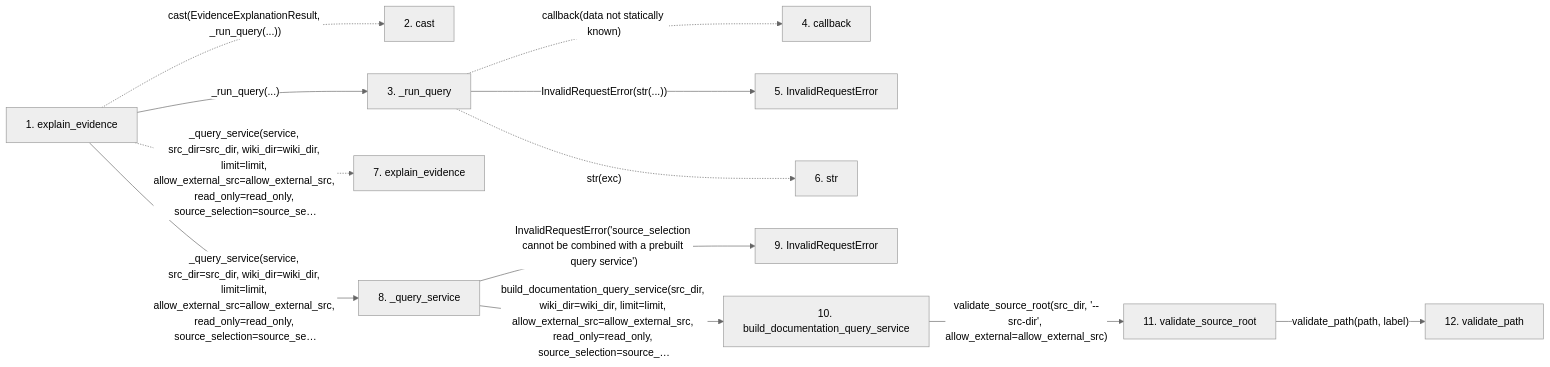
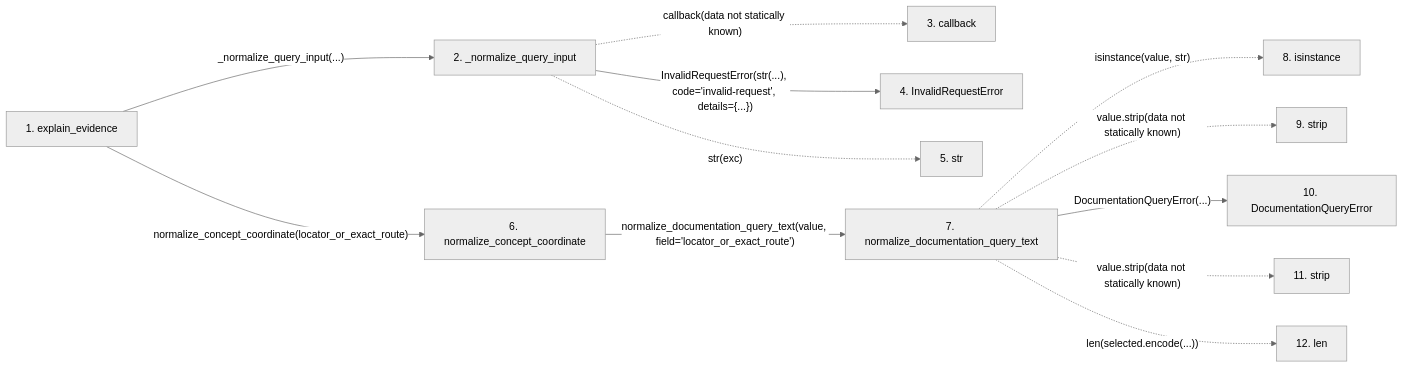
Before and after one commit to Denissvgn/python-wiki-llm: the second of 2 diagrams in docs/llm_wiki/flows/api-explain_evidence.md, drawn with Mermaid (neutral theme). The commit also changed other lines of this file and 364 other files, not shown here.

````diff
--- a/docs/llm_wiki/flows/api-explain_evidence.md
+++ b/docs/llm_wiki/flows/api-explain_evidence.md
@@ -85,34 +84,32 @@
 ```mermaid
 flowchart LR
     s1["1. explain_evidence"]
-    s2["2. cast"]
-    s3["3. _run_query"]
-    s4["4. callback"]
-    s5["5. InvalidRequestError"]
-    s6["6. str"]
-    s7["7. explain_evidence"]
-    s8["8. _query_service"]
-    s9["9. InvalidRequestError"]
-    s10["10. build_documentation_query_service"]
-    s11["11. validate_source_root"]
-    s12["12. validate_path"]
-    s1 -. "cast(EvidenceExplanationResult, _run_query(...))" .-> s2
-    s1 -->|"_run_query(...)"| s3
-    s3 -. "callback(data not statically known)" .-> s4
-    s3 -->|"InvalidRequestError(str(...))"| s5
-    s3 -. "str(exc)" .-> s6
-    s1 -. "_query_service(service, src_dir=src_dir, wiki_dir=wiki_dir, limit=limit, allow_external_src=allow_external_src, read_only=read_only, source_selection=source_se…" .-> s7
-    s1 -->|"_query_service(service, src_dir=src_dir, wiki_dir=wiki_dir, limit=limit, allow_external_src=allow_external_src, read_only=read_only, source_selection=source_se…"| s8
-    s8 -->|"InvalidRequestError('source_selection cannot be combined with a prebuilt query service')"| s9
-    s8 -->|"build_documentation_query_service(src_dir, wiki_dir=wiki_dir, limit=limit, allow_external_src=allow_external_src, read_only=read_only, source_selection=source_…"| s10
-    s10 -->|"validate_source_root(src_dir, '--src-dir', allow_external=allow_external_src)"| s11
-    s11 -->|"validate_path(path, label)"| s12
+    s2["2. _normalize_query_input"]
+    s3["3. callback"]
+    s4["4. InvalidRequestError"]
+    s5["5. str"]
+    s6["6. normalize_concept_coordinate"]
+    s7["7. normalize_documentation_query_text"]
+    s8["8. isinstance"]
+    s9["9. strip"]
+    s10["10. DocumentationQueryError"]
+    s11["11. strip"]
+    s12["12. len"]
+    s1 -->|"_normalize_query_input(...)"| s2
+    s2 -. "callback(data not statically known)" .-> s3
+    s2 -->|"InvalidRequestError(str(...), code='invalid-request', details={...})"| s4
+    s2 -. "str(exc)" .-> s5
+    s1 -->|"normalize_concept_coordinate(locator_or_exact_route)"| s6
+    s6 -->|"normalize_documentation_query_text(value, field='locator_or_exact_route')"| s7
+    s7 -. "isinstance(value, str)" .-> s8
+    s7 -. "value.strip(data not statically known)" .-> s9
+    s7 -->|"DocumentationQueryError(...)"| s10
+    s7 -. "value.strip(data not statically known)" .-> s11
+    s7 -. "len(selected.encode(...))" .-> s12
     click s1 "../modules/api.md"
-    click s3 "../modules/api.md"
-    click s5 "../modules/api.md"
-    click s8 "../modules/api.md"
-    click s9 "../modules/api.md"
-    click s10 "../modules/api.md"
-    click s11 "../modules/config.md"
-    click s12 "../modules/config.md"
+    click s2 "../modules/api.md"
+    click s4 "../modules/api.md"
+    click s6 "../modules/documentation_query_builder.md"
+    click s7 "../modules/documentation_query_builder.md"
+    click s10 "../modules/documentation_queries.md"
 ```
````
